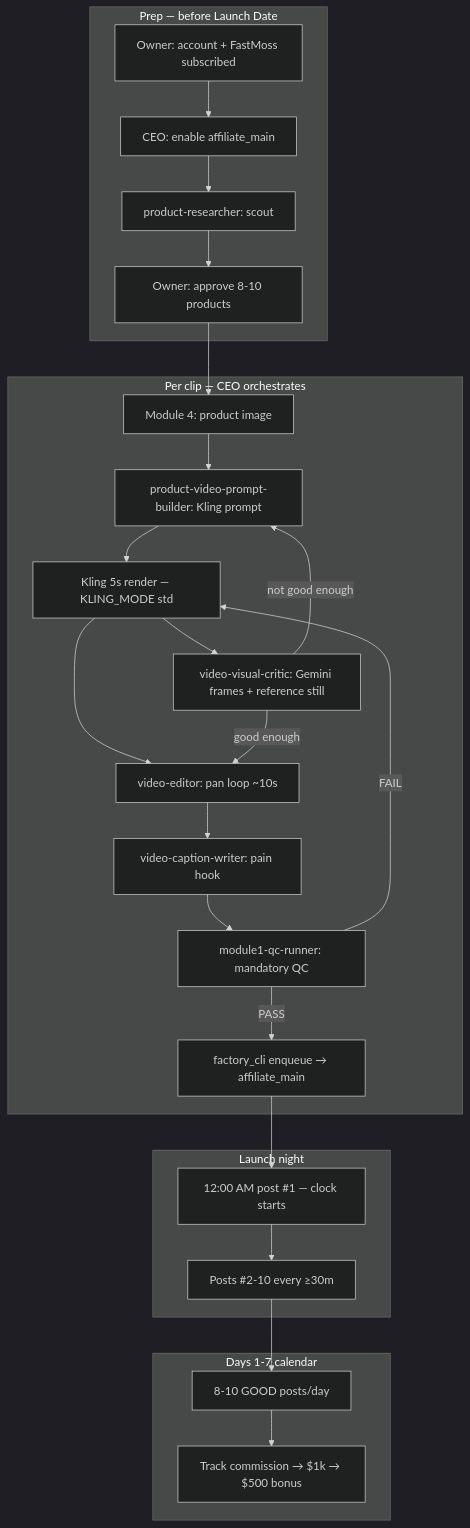
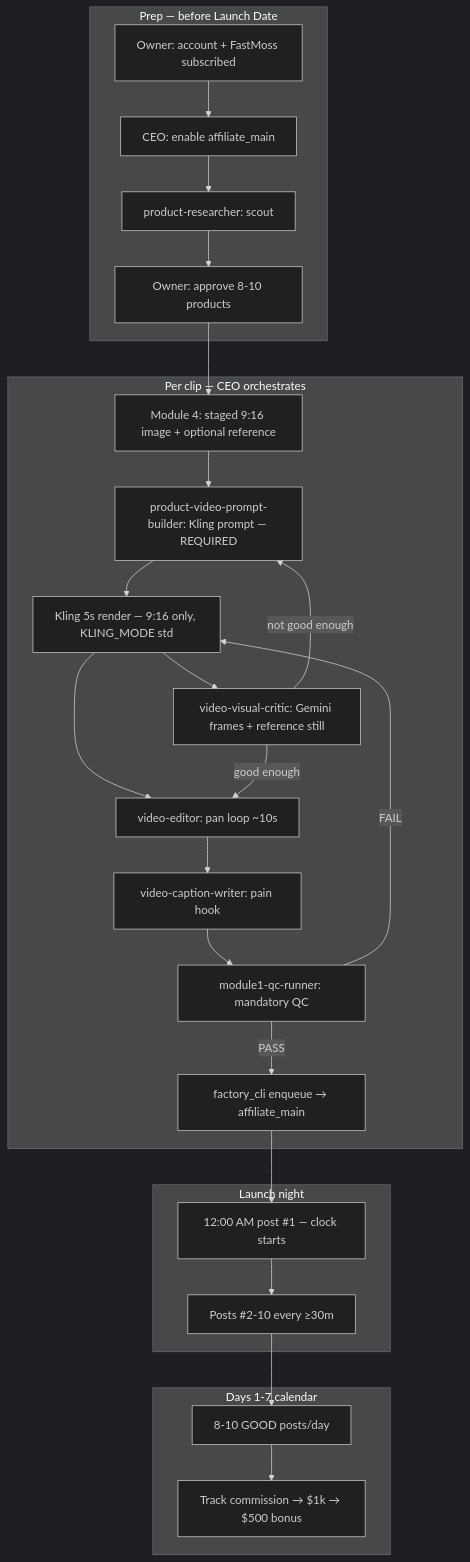
One commit to ProofOfProgress/proof-codex-ai changed the first of 3 diagrams in docs/PIPELINE_SYSTEM_DESIGN.md. Above: the diagram before and after it, drawn with Mermaid (dark theme). The commit also changed other lines of this file and 22 other files, not shown here.

First line of the commit message:
Enforce affiliate pipeline: 9:16 Kling, prompt builder required, 20-char captions

````diff
--- a/docs/PIPELINE_SYSTEM_DESIGN.md
+++ b/docs/PIPELINE_SYSTEM_DESIGN.md
@@ -21,32 +21,32 @@
 ```mermaid
 flowchart TD
   subgraph prep [Prep — before Launch Date]
     A[Owner: account + FastMoss subscribed] --> B[CEO: enable affiliate_main]
     B --> C[product-researcher: scout]
     C --> D[Owner: approve 8-10 products]
   end
 
   subgraph per_clip [Per clip — CEO orchestrates]
-    D --> E[Module 4: product image]
-    E --> F[product-video-prompt-builder: Kling prompt]
-    F --> G[Kling 5s render — KLING_MODE std]
+    D --> E[Module 4: staged 9:16 image + optional reference]
+    E --> F[product-video-prompt-builder: Kling prompt — REQUIRED]
+    F --> G[Kling 5s render — 9:16 only, KLING_MODE std]
     G --> H[video-editor: pan loop ~10s]
     G --> V[video-visual-critic: Gemini frames + reference still]
     V -->|not good enough| F
     V -->|good enough| H
     H --> I[video-caption-writer: pain hook]
     I --> J[module1-qc-runner: mandatory QC]
     J -->|PASS| K[factory_cli enqueue → affiliate_main]
     J -->|FAIL| G
   end
 
   subgraph launch [Launch night]
     K --> L["12:00 AM post #1 — clock starts"]
     L --> M["Posts #2-10 every ≥30m"]
   end
 
   subgraph week1 [Days 1-7 calendar]
     M --> N[8-10 GOOD posts/day]
     N --> O[Track commission → $1k → $500 bonus]
   end
 ```
````
